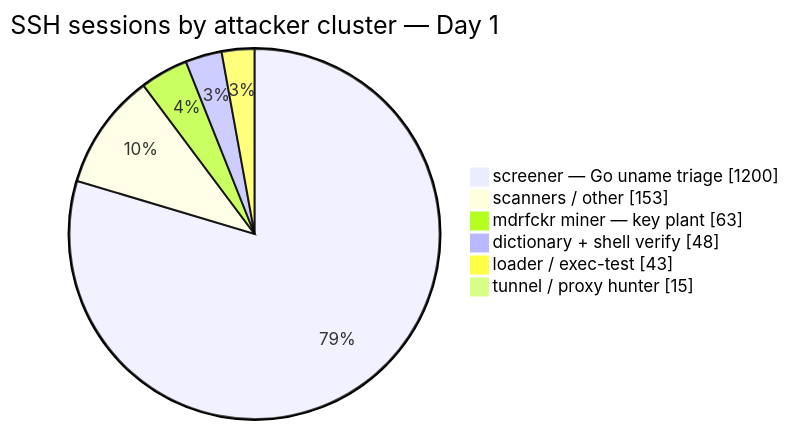
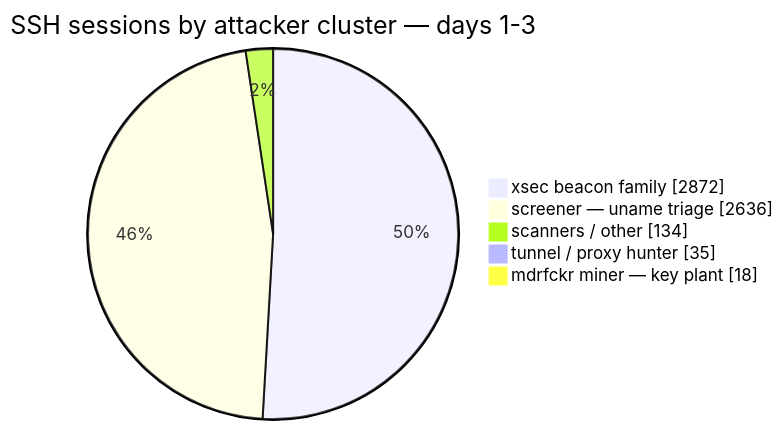
Before and after one commit to gogvale/oliveira-ninja-blog: the first of 2 diagrams in _drafts/2026-09-06-decoy-boutique.md, drawn with Mermaid. The commit also changed other lines of this file, not shown here.

Commit message:
draft(decoy): update to day-3 mid-run snapshot — new SSH cluster pie (xsec family), web-by-target pie (xmlrpc = 2/3 of traffic), live status sections

````diff
--- a/_drafts/2026-09-06-decoy-boutique.md
+++ b/_drafts/2026-09-06-decoy-boutique.md
@@ -66,10 +66,9 @@
 ```mermaid
 pie showData
-    title SSH sessions by attacker cluster — Day 1
-    "screener — Go uname triage" : 1200
-    "scanners / other" : 153
-    "mdrfckr miner — key plant" : 63
-    "dictionary + shell verify" : 48
-    "loader / exec-test" : 43
-    "tunnel / proxy hunter" : 15
+    title SSH sessions by attacker cluster — days 1-3
+    "xsec beacon family" : 2872
+    "screener — uname triage" : 2636
+    "scanners / other" : 134
+    "tunnel / proxy hunter" : 35
+    "mdrfckr miner — key plant" : 18
 ```
````
